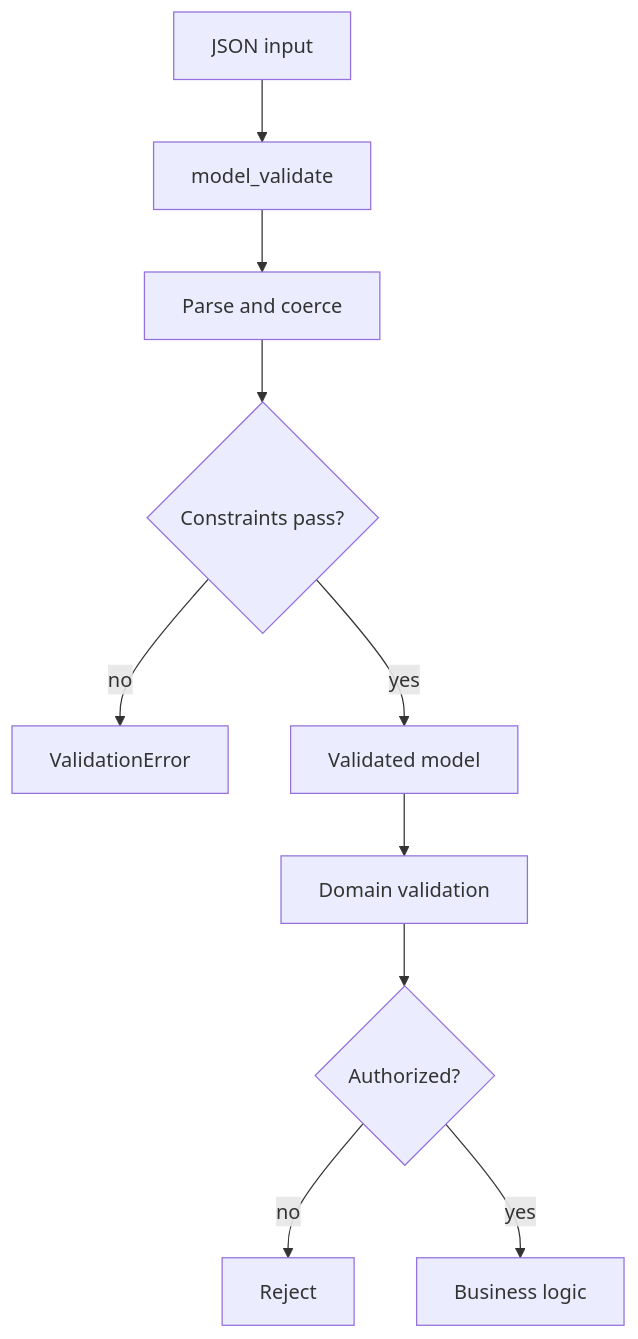
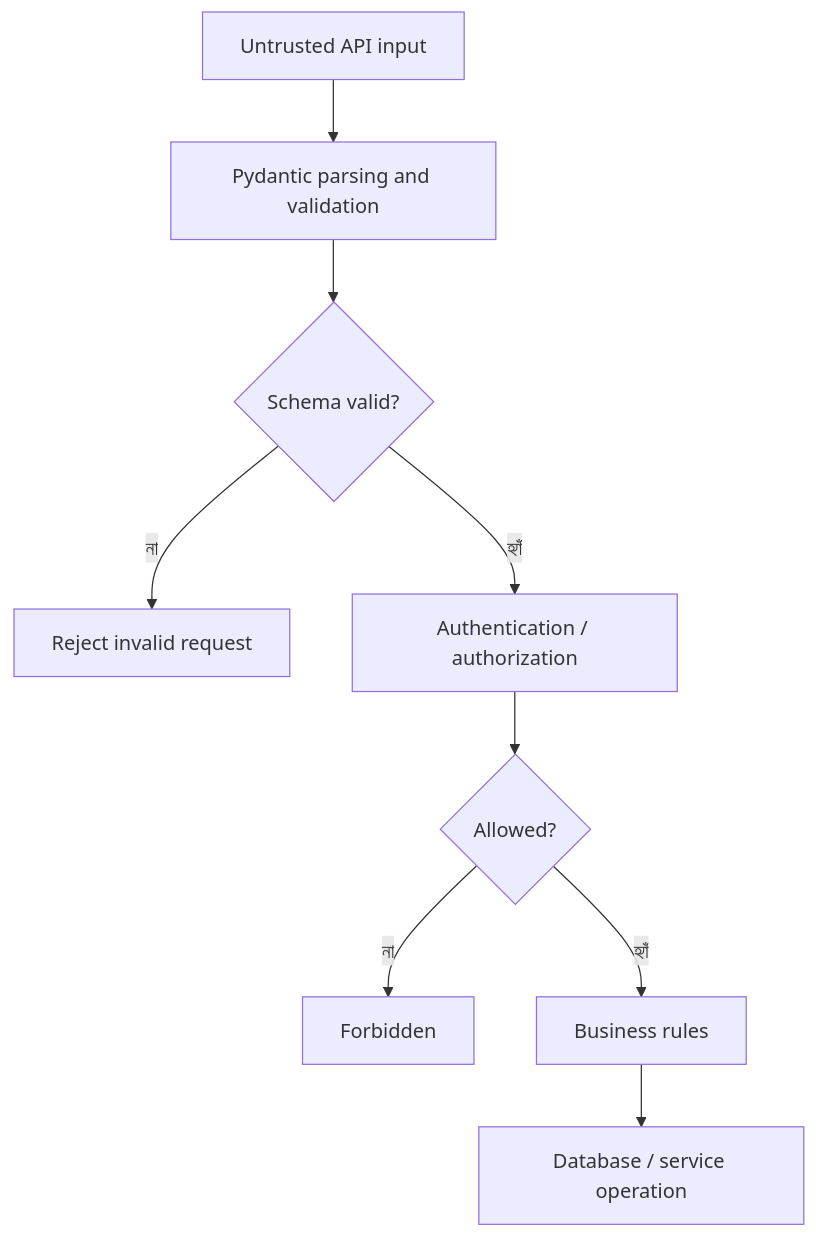
The fourth of 4 diagrams in day1/07-pydantic/README.md (shomi-khan/preparation), drawn with Mermaid before and after one commit. The commit also changed other lines of this file, not shown here.

Commit message:
Improve Pydantic interview guide

````diff
--- a/day1/07-pydantic/README.md
+++ b/day1/07-pydantic/README.md
@@ -134,12 +274,11 @@
-```mermaid
+~~~mermaid
 flowchart TD
- A["JSON input"] --> B["model_validate"]
- B --> C["Parse and coerce"]
- C --> D{"Constraints pass?"}
- D -->|no| E["ValidationError"]
- D -->|yes| F["Validated model"]
- F --> G["Domain validation"]
- G --> H{"Authorized?"}
- H -->|no| I["Reject"]
- H -->|yes| J["Business logic"]
-```
+    A["Untrusted API input"] --> B["Pydantic parsing and validation"]
+    B --> C{"Schema valid?"}
+    C -->|না| D["Reject invalid request"]
+    C -->|হ্যাঁ| E["Authentication / authorization"]
+    E --> F{"Allowed?"}
+    F -->|না| G["Forbidden"]
+    F -->|হ্যাঁ| H["Business rules"]
+    H --> I["Database / service operation"]
+~~~
````
